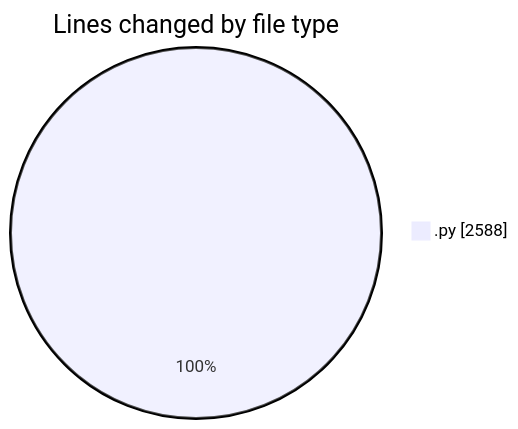
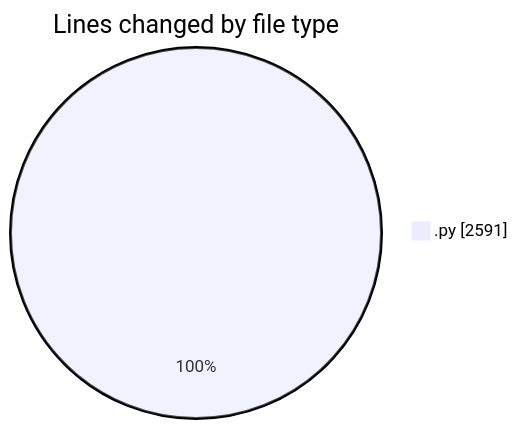
One commit to julien-gomy/code-tracking changed the first of 2 diagrams in 2025-11-21/eventscop-api-guide__workspace_/README.md. Above: the diagram before and after it, drawn with Mermaid. The commit also changed other lines of this file and 1 other file, not shown here.

````diff
--- a/2025-11-21/eventscop-api-guide__workspace_/README.md
+++ b/2025-11-21/eventscop-api-guide__workspace_/README.md
@@ -31,5 +31,5 @@
 ```mermaid
 pie showData
 title Lines changed by file type
-".py" : 2588
+".py" : 2591
 ```
````
